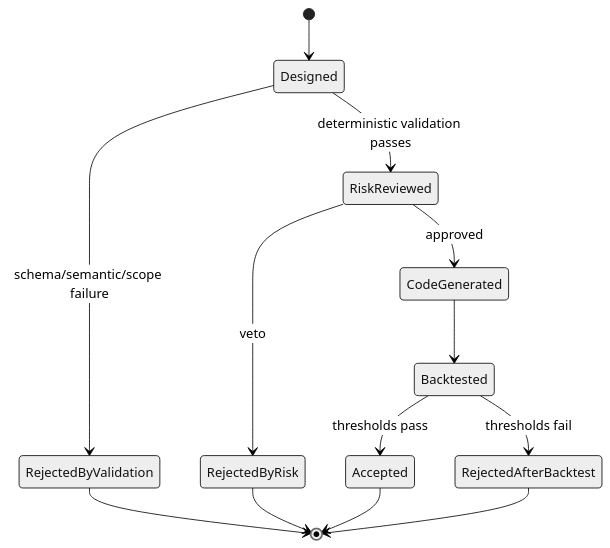
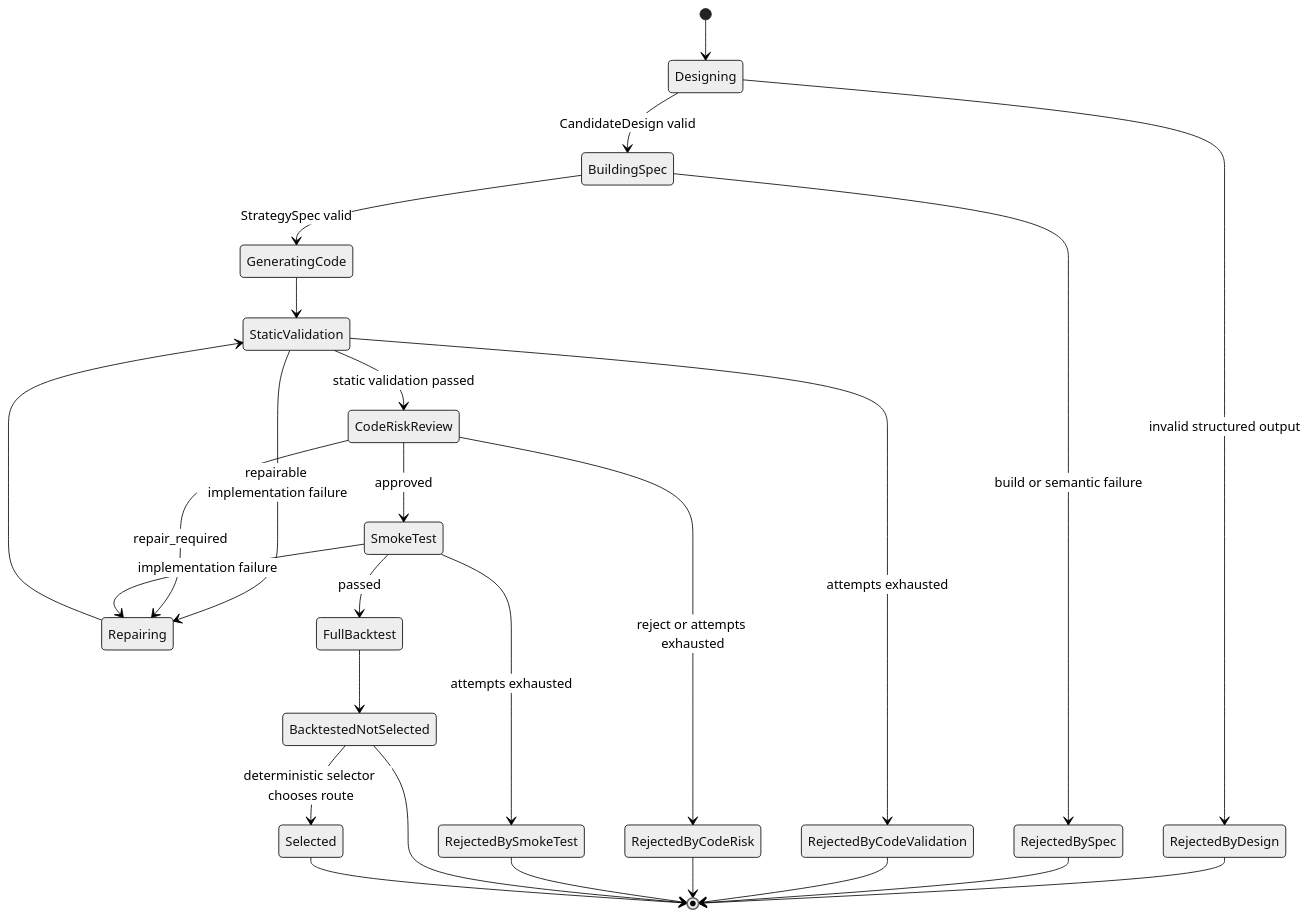
The diagram in docs/architecture/AGENT_ARCHITECTURE.md (FrankForest1003/AlphaForge), drawn with Mermaid (neutral theme) before and after one commit. The commit also changed other lines of this file and 55 other files, not shown here.

````diff
--- a/docs/architecture/AGENT_ARCHITECTURE.md
+++ b/docs/architecture/AGENT_ARCHITECTURE.md
@@ -16,15 +17,28 @@
 ```mermaid
 stateDiagram-v2
-  [*] --> Designed
-  Designed --> RejectedByValidation: schema/semantic/scope failure
-  Designed --> RiskReviewed: deterministic validation passes
-  RiskReviewed --> RejectedByRisk: veto
-  RiskReviewed --> CodeGenerated: approved
-  CodeGenerated --> Backtested
-  Backtested --> Accepted: thresholds pass
-  Backtested --> RejectedAfterBacktest: thresholds fail
-  Accepted --> [*]
-  RejectedByValidation --> [*]
-  RejectedByRisk --> [*]
-  RejectedAfterBacktest --> [*]
+  [*] --> Designing
+  Designing --> RejectedByDesign: invalid structured output
+  Designing --> BuildingSpec: CandidateDesign valid
+  BuildingSpec --> RejectedBySpec: build or semantic failure
+  BuildingSpec --> GeneratingCode: StrategySpec valid
+  GeneratingCode --> StaticValidation
+  StaticValidation --> Repairing: repairable implementation failure
+  StaticValidation --> RejectedByCodeValidation: attempts exhausted
+  StaticValidation --> CodeRiskReview: static validation passed
+  CodeRiskReview --> Repairing: repair_required
+  CodeRiskReview --> RejectedByCodeRisk: reject or attempts exhausted
+  Repairing --> StaticValidation
+  CodeRiskReview --> SmokeTest: approved
+  SmokeTest --> Repairing: implementation failure
+  SmokeTest --> RejectedBySmokeTest: attempts exhausted
+  SmokeTest --> FullBacktest: passed
+  FullBacktest --> BacktestedNotSelected
+  BacktestedNotSelected --> Selected: deterministic selector chooses route
+  RejectedByDesign --> [*]
+  RejectedBySpec --> [*]
+  RejectedByCodeValidation --> [*]
+  RejectedByCodeRisk --> [*]
+  RejectedBySmokeTest --> [*]
+  BacktestedNotSelected --> [*]
+  Selected --> [*]
 ```
````
